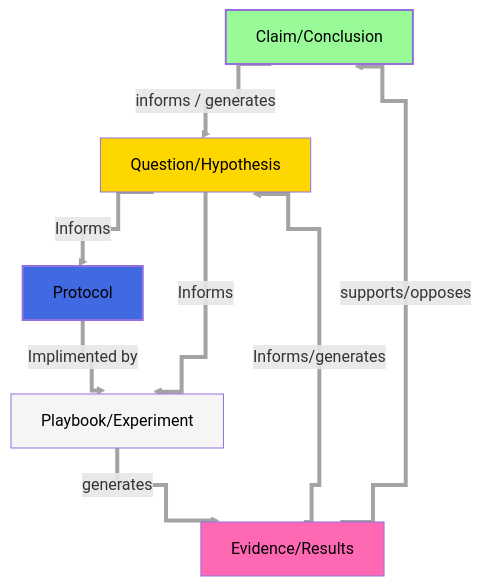
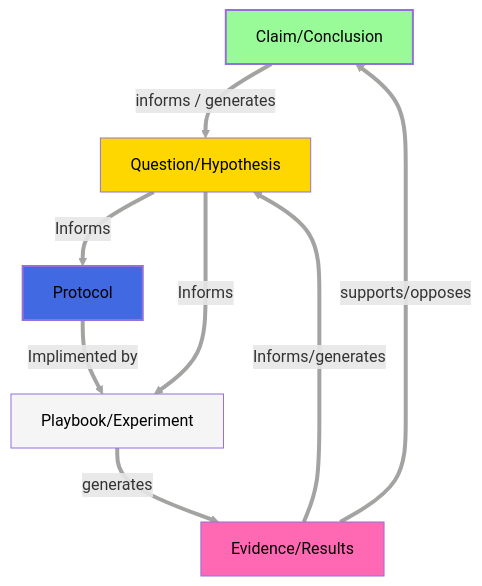
One commit to DarrenZal/Quartz changed the third of 3 diagrams in content/DiscourseGraphs.md. Above: the diagram before and after it, drawn with Mermaid. The commit also changed other lines of this file, not shown here.

````diff
--- a/content/DiscourseGraphs.md
+++ b/content/DiscourseGraphs.md
@@ -55,26 +92,24 @@
 ```mermaid
-%%{ init: { 'flowchart': { 'curve': 'step' } } }%%
 graph TB
     C[Claim/Conclusion]
     Q[Question/Hypothesis]
     PR[Protocol]
     PB[Playbook/Experiment]
     E[Evidence/Results]
     
     E -->|"supports/opposes"| C
     E -->|"Informs/generates"| Q
     C -->|"informs / generates"| Q
     Q -->|"Informs"| PR
     Q -->|"Informs"| PB
     PR -->|"Implimented by"| PB
     PB -->|"generates"| E
     
     style Q fill:#ffd700,color:#000
     style C fill:#98fb98,stroke-width:2px,color:#000
     style E fill:#ff69b4,color:#000
     style PR fill:#4169e1,stroke-width:2px,color:#000
     style PB fill:#f5f5f5,color:#000
     
     linkStyle default stroke:#a3a3a1,tip:#a3a3a1, stroke-width:4px;
-
 ```
````
